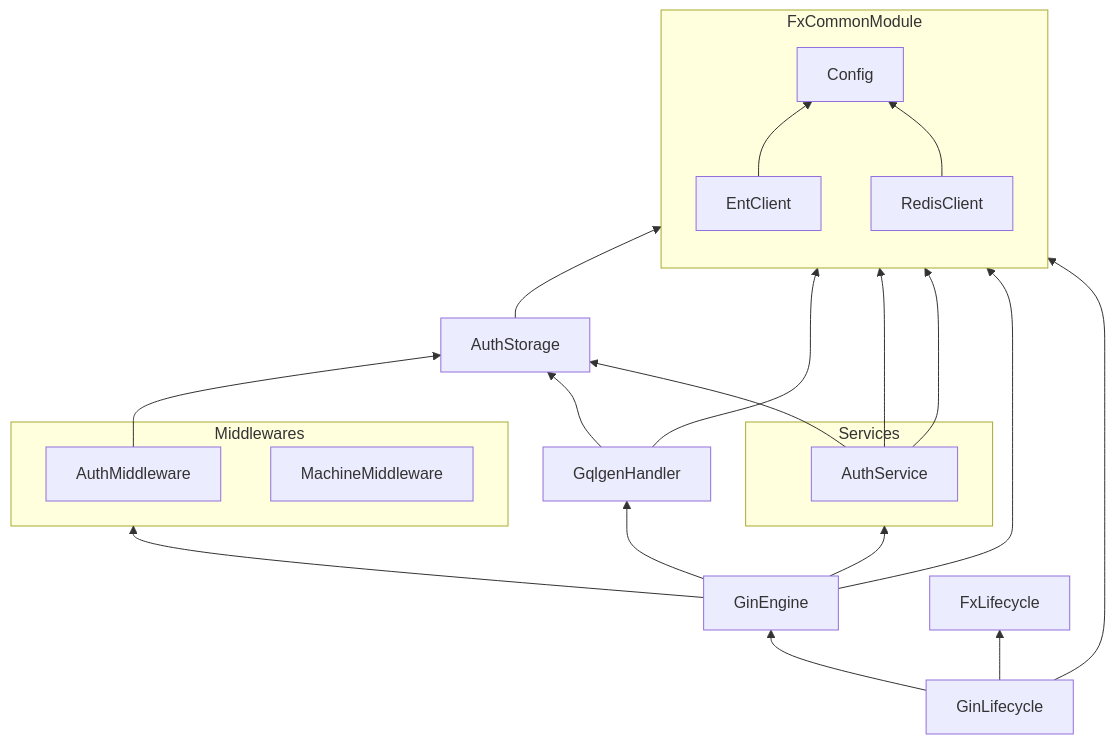
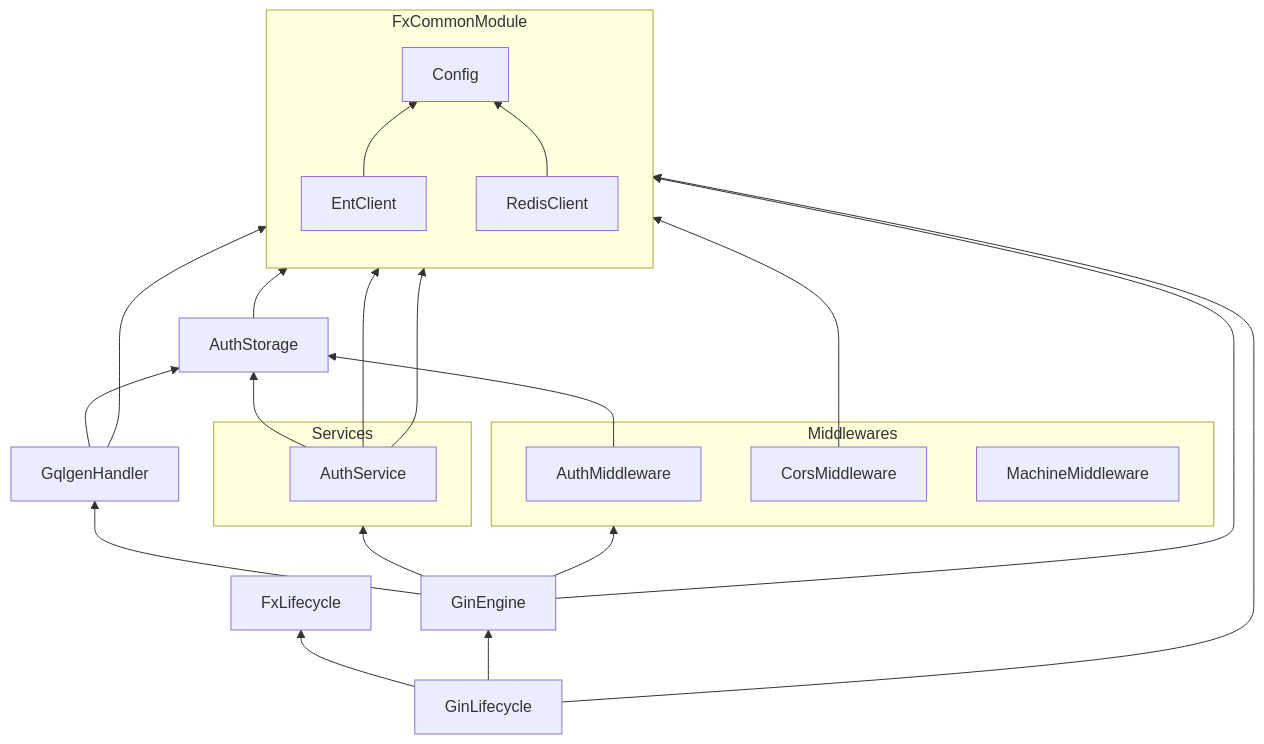
Before and after one commit to database-playground/backend-v2: the diagram in cmd/backend/README.md, drawn with Mermaid. The commit also changed 5 other files, not shown here.

````diff
--- a/cmd/backend/README.md
+++ b/cmd/backend/README.md
@@ -7,38 +7,40 @@
 ```mermaid
 flowchart BT
     subgraph FxCommonModule
         direction BT
         Config
 
         EntClient --> Config
         RedisClient --> Config
     end
 
     AuthStorage --> RedisClient
     AuthMiddleware --> AuthStorage
+    CorsMiddleware --> Config
 
     subgraph Middlewares
         AuthMiddleware
         MachineMiddleware
+        CorsMiddleware
     end
 
     GqlgenHandler --> EntClient
     GqlgenHandler --> AuthStorage
 
     AuthService --> EntClient
     AuthService --> AuthStorage
     AuthService --> Config
 
     subgraph Services
         AuthService
     end
 
     GinEngine --> Services
     GinEngine --> Middlewares
     GinEngine --> GqlgenHandler
     GinEngine --> Config
 
     GinLifecycle --> FxLifecycle
     GinLifecycle --> GinEngine
     GinLifecycle --> Config
 ```
````
